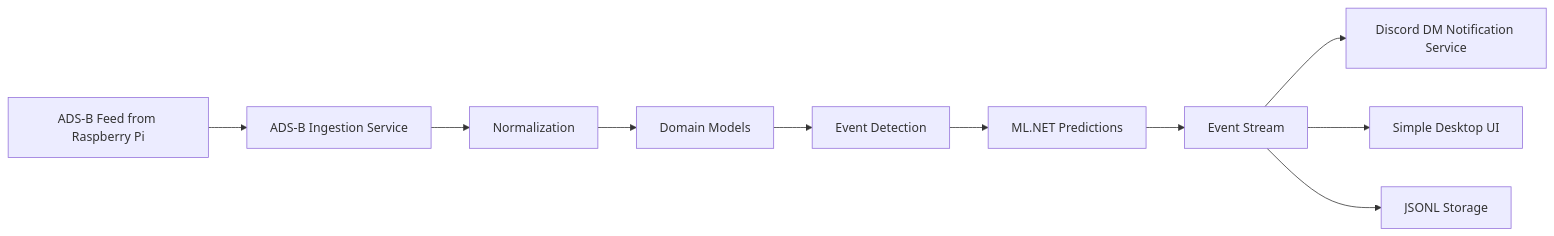
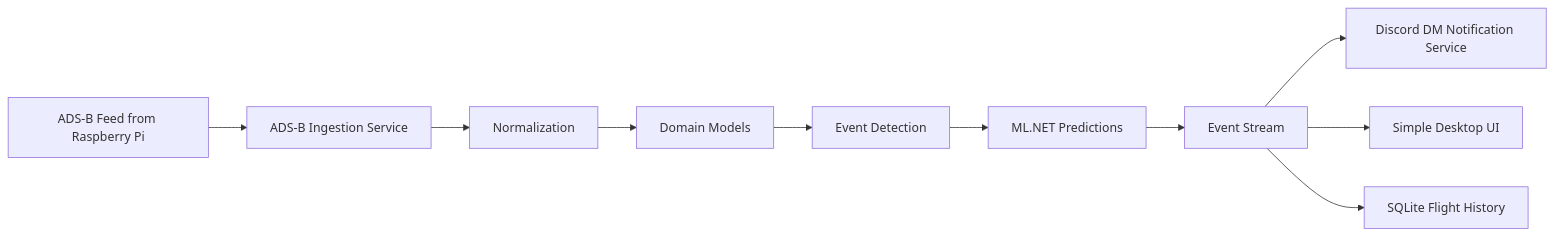
The first of 7 diagrams in docs/architecture/living-architecture.md (supernachos57/sky_pattern_hunter), drawn with Mermaid before and after one commit. The commit also changed other lines of this file and 16 other files, not shown here.

Commit message:
Add SQLite flight history (#50)

````diff
--- a/docs/architecture/living-architecture.md
+++ b/docs/architecture/living-architecture.md
@@ -63,12 +63,12 @@
 ```mermaid
 flowchart LR
     PiFeed["ADS-B Feed from Raspberry Pi"] --> IngestService["ADS-B Ingestion Service"]
     IngestService --> NormalizeStep["Normalization"]
     NormalizeStep --> DomainModels["Domain Models"]
     DomainModels --> EventDetect["Event Detection"]
     EventDetect --> MLPredict["ML.NET Predictions"]
     MLPredict --> EventStream["Event Stream"]
     EventStream --> NotifyService["Discord DM Notification Service"]
     EventStream --> DesktopUI["Simple Desktop UI"]
-    EventStream --> JsonStorage["JSONL Storage"]
+    EventStream --> FlightStorage["SQLite Flight History"]
 ```
````
